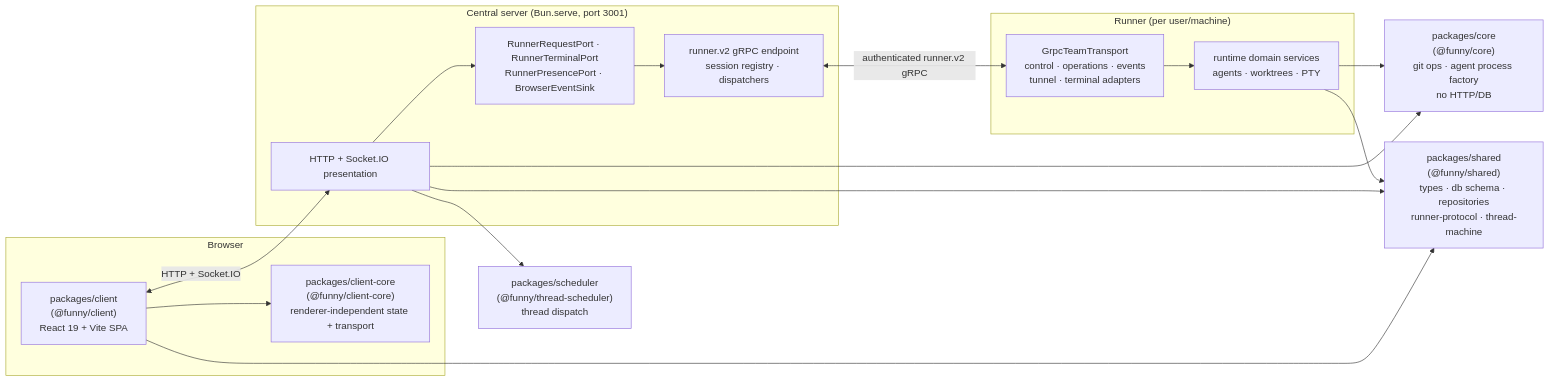
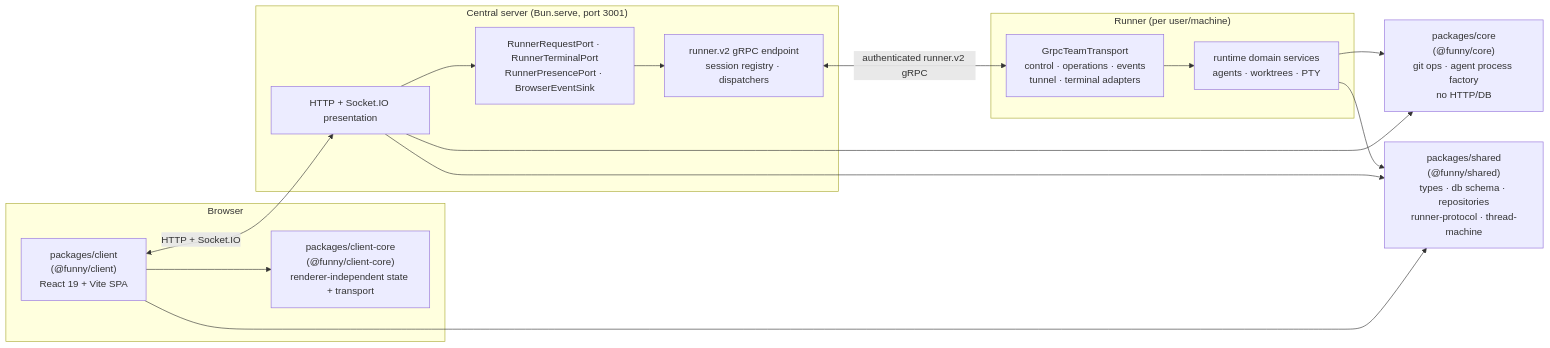
Before and after one commit to ironmussa/funny: the diagram in openwiki/architecture/overview.md, drawn with Mermaid. The commit also changed other lines of this file and 122 other files, not shown here.

First line of the commit message:
chore: remove the standalone thread scheduler (#430)

````diff
--- a/openwiki/architecture/overview.md
+++ b/openwiki/architecture/overview.md
@@ -7,32 +7,30 @@
 ```mermaid
 flowchart LR
     subgraph Browser
         C["packages/client\n(@funny/client)\nReact 19 + Vite SPA"]
         CC["packages/client-core\n(@funny/client-core)\nrenderer-independent state + transport"]
     end
     subgraph "Central server (Bun.serve, port 3001)"
         P["HTTP + Socket.IO presentation"]
         Ports["RunnerRequestPort · RunnerTerminalPort\nRunnerPresencePort · BrowserEventSink"]
         G["runner.v2 gRPC endpoint\nsession registry · dispatchers"]
     end
     subgraph "Runner (per user/machine)"
         T["GrpcTeamTransport\ncontrol · operations · events\ntunnel · terminal adapters"]
         R["runtime domain services\nagents · worktrees · PTY"]
     end
-    Sch["packages/scheduler\n(@funny/thread-scheduler)\nthread dispatch"]
     Core["packages/core\n(@funny/core)\ngit ops · agent process factory\nno HTTP/DB"]
     Shared["packages/shared\n(@funny/shared)\ntypes · db schema · repositories\nrunner-protocol · thread-machine"]
 
     C <-->|"HTTP + Socket.IO"| P
     P --> Ports
     Ports --> G
     G <-->|"authenticated runner.v2 gRPC"| T
     T --> R
-    P --> Sch
     R --> Core
     P --> Core
     R --> Shared
     P --> Shared
     C --> Shared
     C --> CC
 ```
````
